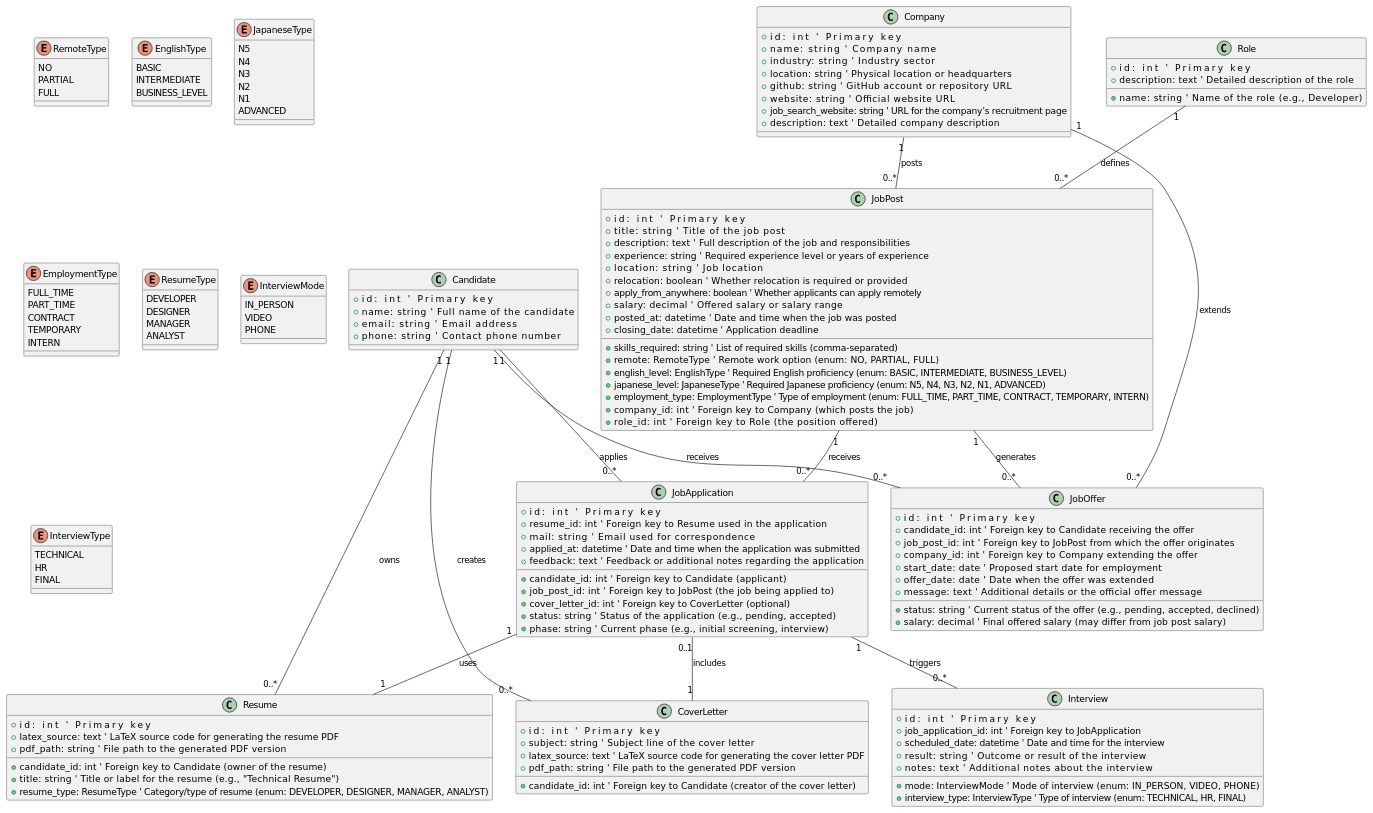
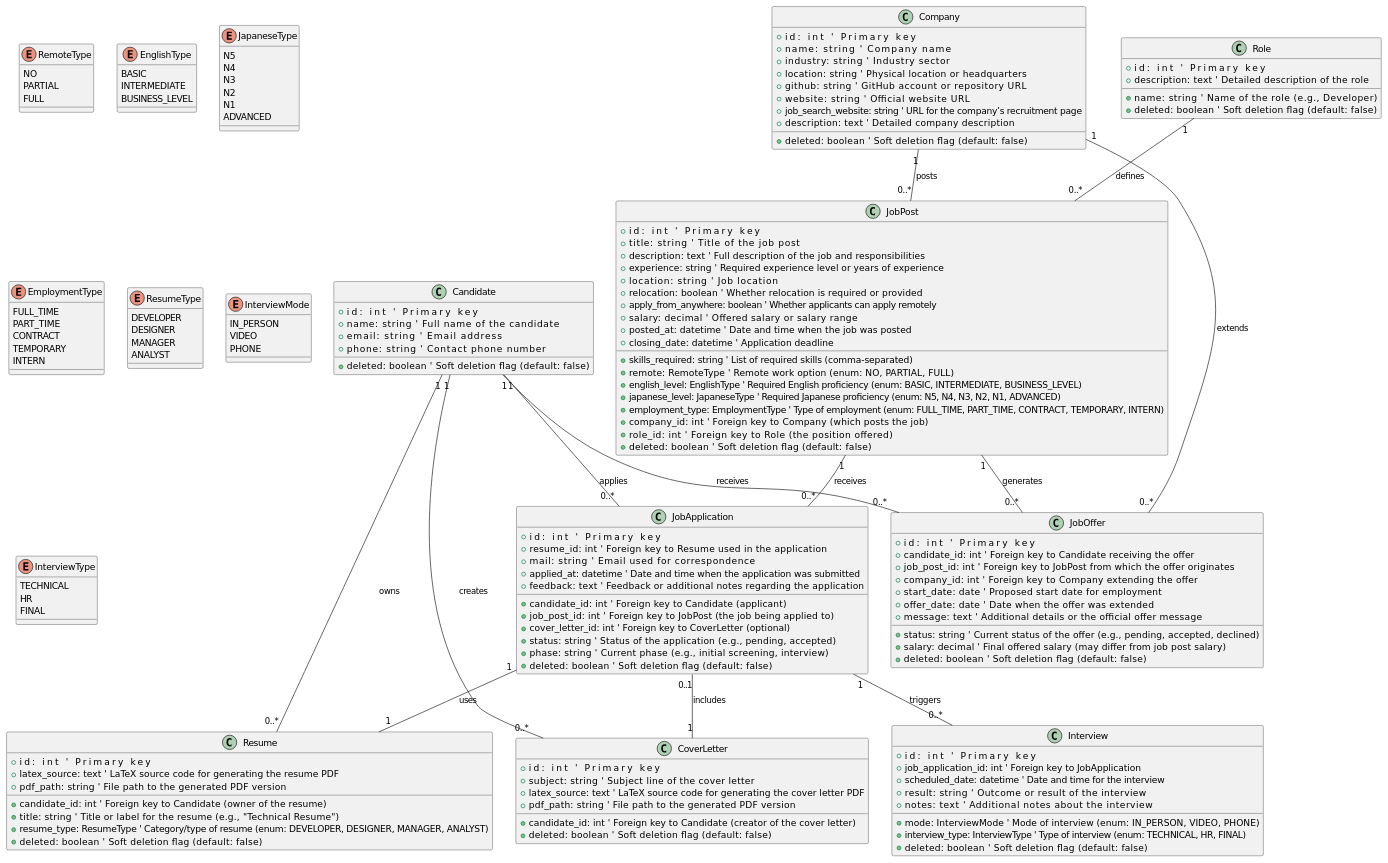
One commit to cryptrunner49/job-hunters changed the diagram in docs/class_diagram.puml. Above: the diagram before and after it, drawn with PlantUML. The commit also changed 3 other files, not shown here.

First line of the commit message:
feat: Added soft deletion support to all models

```diff
--- a/docs/class_diagram.puml
+++ b/docs/class_diagram.puml
@@ -1,175 +1,184 @@
 @startuml
 
 ' Candidate represents a user applying to jobs.
 class Candidate {
   + id: int                      ' Primary key
   + name: string                 ' Full name of the candidate
   + email: string                ' Email address
   + phone: string                ' Contact phone number
+  + deleted: boolean             ' Soft deletion flag (default: false)
 }
 
 ' Company offers job posts and extends job offers.
 class Company {
   + id: int                      ' Primary key
   + name: string                 ' Company name
   + industry: string             ' Industry sector
   + location: string             ' Physical location or headquarters
   + github: string               ' GitHub account or repository URL
   + website: string              ' Official website URL
   + job_search_website: string   ' URL for the company’s recruitment page
   + description: text            ' Detailed company description
+  + deleted: boolean             ' Soft deletion flag (default: false)
 }
 
 ' Role defines the position for a job post.
 class Role {
   + id: int                      ' Primary key
   + name: string                 ' Name of the role (e.g., Developer)
   + description: text            ' Detailed description of the role
+  + deleted: boolean             ' Soft deletion flag (default: false)
 }
 
 ' JobPost represents a job posting on the platform.
 class JobPost {
   + id: int                      ' Primary key
   + title: string                ' Title of the job post
   + description: text            ' Full description of the job and responsibilities
   + skills_required: string      ' List of required skills (comma-separated)
   + experience: string           ' Required experience level or years of experience
   + location: string             ' Job location
   + relocation: boolean          ' Whether relocation is required or provided
   + apply_from_anywhere: boolean ' Whether applicants can apply remotely
   + remote: RemoteType           ' Remote work option (enum: NO, PARTIAL, FULL)
   + english_level: EnglishType   ' Required English proficiency (enum: BASIC, INTERMEDIATE, BUSINESS_LEVEL)
   + japanese_level: JapaneseType ' Required Japanese proficiency (enum: N5, N4, N3, N2, N1, ADVANCED)
   + salary: decimal              ' Offered salary or salary range
   + employment_type: EmploymentType ' Type of employment (enum: FULL_TIME, PART_TIME, CONTRACT, TEMPORARY, INTERN)
   + posted_at: datetime          ' Date and time when the job was posted
   + closing_date: datetime       ' Application deadline
   + company_id: int              ' Foreign key to Company (which posts the job)
   + role_id: int                 ' Foreign key to Role (the position offered)
+  + deleted: boolean             ' Soft deletion flag (default: false)
 }
 
 ' Resume represents one of the candidate's CVs.
 class Resume {
   + id: int                      ' Primary key
   + candidate_id: int            ' Foreign key to Candidate (owner of the resume)
   + title: string                ' Title or label for the resume (e.g., "Technical Resume")
   + latex_source: text           ' LaTeX source code for generating the resume PDF
   + pdf_path: string             ' File path to the generated PDF version
   + resume_type: ResumeType      ' Category/type of resume (enum: DEVELOPER, DESIGNER, MANAGER, ANALYST)
+  + deleted: boolean             ' Soft deletion flag (default: false)
 }
 
 ' CoverLetter represents a cover letter a candidate can create.
 class CoverLetter {
   + id: int                      ' Primary key
   + candidate_id: int            ' Foreign key to Candidate (creator of the cover letter)
   + subject: string              ' Subject line of the cover letter
   + latex_source: text           ' LaTeX source code for generating the cover letter PDF
   + pdf_path: string             ' File path to the generated PDF version
+  + deleted: boolean             ' Soft deletion flag (default: false)
 }
 
 ' JobApplication links a candidate (with a Resume and an optional CoverLetter) to a JobPost.
 class JobApplication {
   + id: int                      ' Primary key
   + candidate_id: int            ' Foreign key to Candidate (applicant)
   + job_post_id: int             ' Foreign key to JobPost (the job being applied to)
   + resume_id: int               ' Foreign key to Resume used in the application
   + cover_letter_id: int         ' Foreign key to CoverLetter (optional)
   + status: string               ' Status of the application (e.g., pending, accepted)
   + phase: string                ' Current phase (e.g., initial screening, interview)
   + mail: string                 ' Email used for correspondence
   + applied_at: datetime         ' Date and time when the application was submitted
   + feedback: text               ' Feedback or additional notes regarding the application
+  + deleted: boolean             ' Soft deletion flag (default: false)
 }
 
 ' Interview is scheduled for a JobApplication.
 class Interview {
   + id: int                      ' Primary key
   + job_application_id: int      ' Foreign key to JobApplication
   + scheduled_date: datetime     ' Date and time for the interview
   + result: string               ' Outcome or result of the interview
   + mode: InterviewMode          ' Mode of interview (enum: IN_PERSON, VIDEO, PHONE)
   + interview_type: InterviewType ' Type of interview (enum: TECHNICAL, HR, FINAL)
   + notes: text                  ' Additional notes about the interview
+  + deleted: boolean             ' Soft deletion flag (default: false)
 }
 
 ' JobOffer represents the actual offer extended by a company.
 class JobOffer {
   + id: int                      ' Primary key
   + candidate_id: int            ' Foreign key to Candidate receiving the offer
   + job_post_id: int             ' Foreign key to JobPost from which the offer originates
   + company_id: int              ' Foreign key to Company extending the offer
   + status: string               ' Current status of the offer (e.g., pending, accepted, declined)
   + salary: decimal              ' Final offered salary (may differ from job post salary)
   + start_date: date             ' Proposed start date for employment
   + offer_date: date             ' Date when the offer was extended
   + message: text                ' Additional details or the official offer message
+  + deleted: boolean             ' Soft deletion flag (default: false)
 }
 
 ' Enums definitions
 enum RemoteType {
   NO
   PARTIAL
   FULL
 }
 
 enum EnglishType {
   BASIC
   INTERMEDIATE
   BUSINESS_LEVEL
 }
 
 enum JapaneseType {
   N5
   N4
   N3
   N2
   N1
   ADVANCED
 }
 
 enum EmploymentType {
   FULL_TIME
   PART_TIME
   CONTRACT
   TEMPORARY
   INTERN
 }
 
 enum ResumeType {
   DEVELOPER
   DESIGNER
   MANAGER
   ANALYST
 }
 
 enum InterviewMode {
   IN_PERSON
   VIDEO
   PHONE
 }
 
 enum InterviewType {
   TECHNICAL
   HR
   FINAL
 }
 
 ' Define relationships
 Candidate "1" -- "0..*" Resume : owns
 Candidate "1" -- "0..*" CoverLetter : creates
 Candidate "1" -- "0..*" JobApplication : applies
 Candidate "1" -- "0..*" JobOffer : receives
 
 Company "1" -- "0..*" JobPost : posts
 Company "1" -- "0..*" JobOffer : extends
 
 Role "1" -- "0..*" JobPost : defines
 
 JobPost "1" -- "0..*" JobApplication : receives
 JobPost "1" -- "0..*" JobOffer : generates
 
 JobApplication "1" -- "1" Resume : uses
 JobApplication "0..1" -- "1" CoverLetter : includes
 JobApplication "1" -- "0..*" Interview : triggers
 
 @enduml
```
